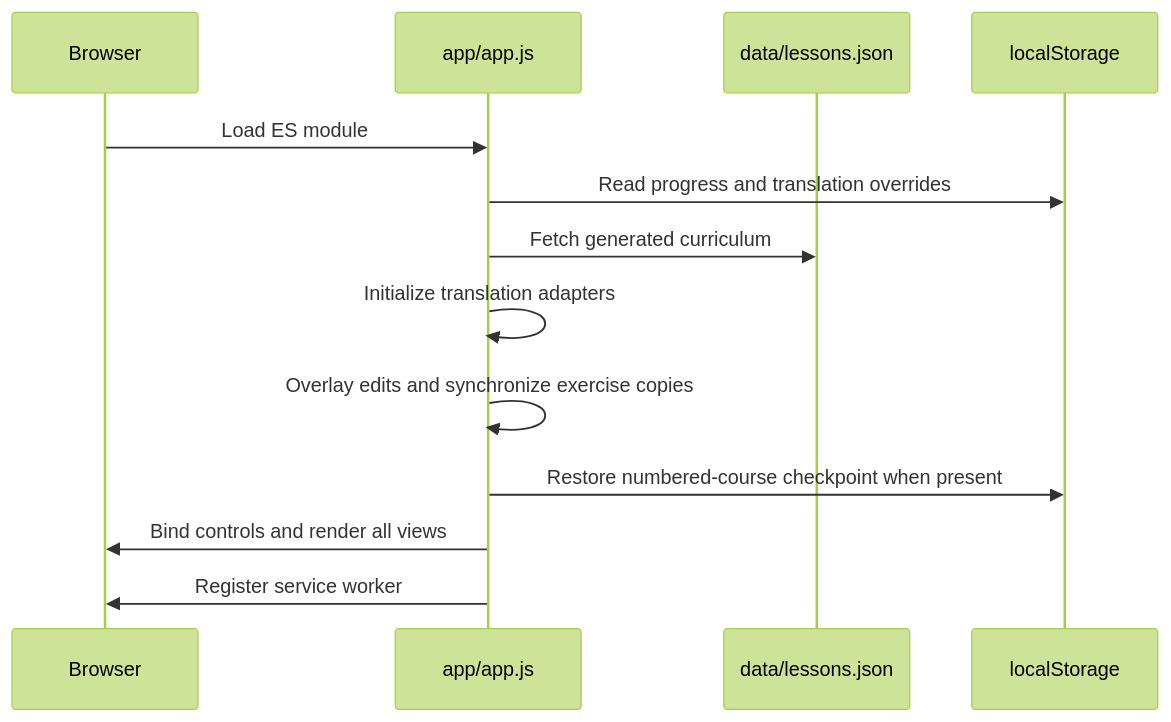
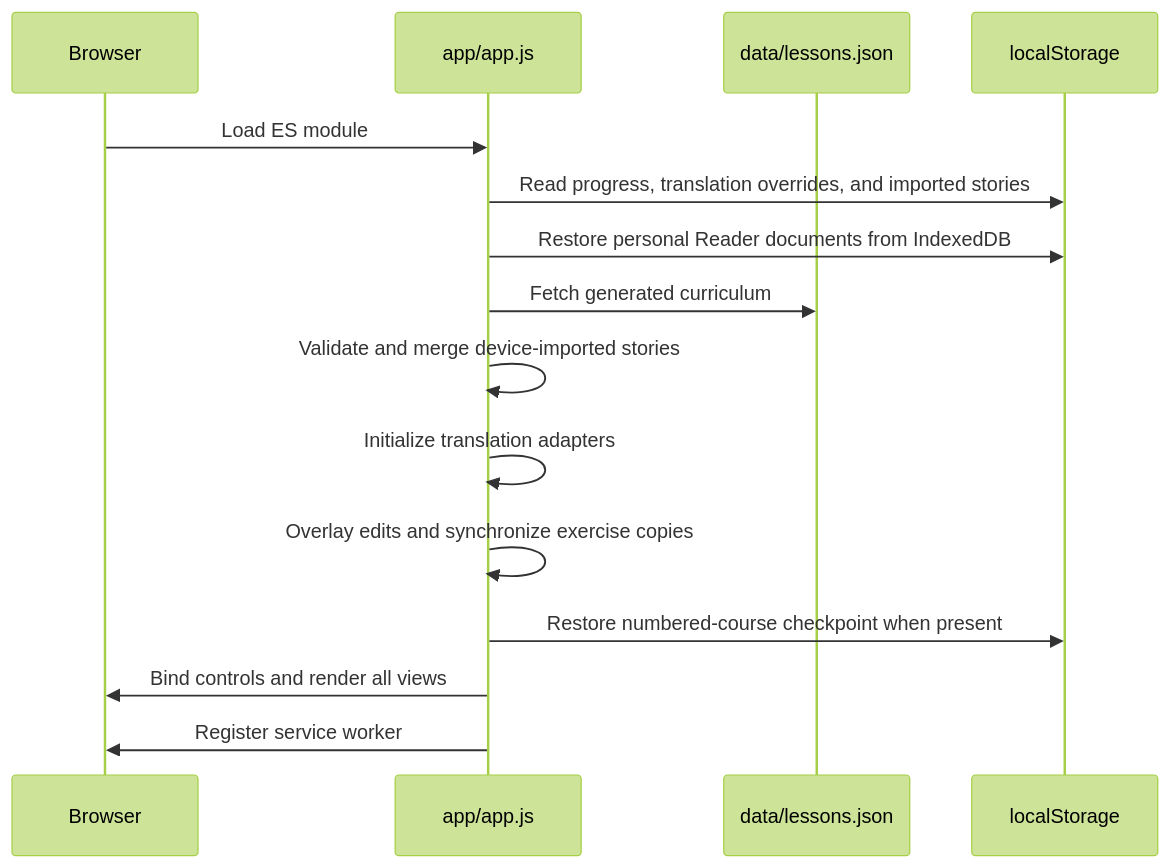
One commit to vaughnshaun/vaughnshaun.github.io changed the second of 3 diagrams in sinhala/app/docs/architecture.md. Above: the diagram before and after it, drawn with Mermaid (forest theme). The commit also changed other lines of this file and 12 other files, not shown here.

````diff
--- a/sinhala/app/docs/architecture.md
+++ b/sinhala/app/docs/architecture.md
@@ -94,15 +97,17 @@
 ```mermaid
 sequenceDiagram
   participant Browser
   participant App as app/app.js
   participant Data as data/lessons.json
   participant Store as localStorage
   Browser->>App: Load ES module
-  App->>Store: Read progress and translation overrides
+  App->>Store: Read progress, translation overrides, and imported stories
+  App->>Store: Restore personal Reader documents from IndexedDB
   App->>Data: Fetch generated curriculum
+  App->>App: Validate and merge device-imported stories
   App->>App: Initialize translation adapters
   App->>App: Overlay edits and synchronize exercise copies
   App->>Store: Restore numbered-course checkpoint when present
   App->>Browser: Bind controls and render all views
   App->>Browser: Register service worker
 ```
````
